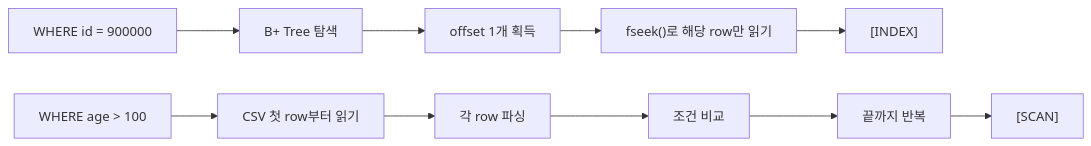
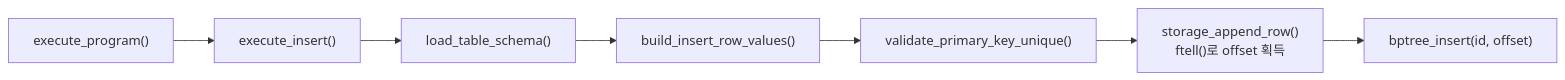
One commit to Jungle-12-303/week7-02-sql-index changed the first of 2 diagrams in README_7.md. Above: the diagram before and after it, drawn with Mermaid. The commit also changed other lines of this file, not shown here.

````diff
--- a/README_7.md
+++ b/README_7.md
@@ -41,13 +23,9 @@
 ```mermaid
 flowchart LR
-    Q1["WHERE id = 900000"] --> I1["B+ Tree 탐색"]
-    I1 --> I2["offset 1개 획득"]
-    I2 --> I3["fseek()로 해당 row만 읽기"]
-    I3 --> I4["[INDEX]"]
-
-    Q2["WHERE age > 100"] --> S1["CSV 첫 row부터 읽기"]
-    S1 --> S2["각 row 파싱"]
-    S2 --> S3["조건 비교"]
-    S3 --> S4["끝까지 반복"]
-    S4 --> S5["[SCAN]"]
+    A["execute_program()"] --> B["execute_insert()"]
+    B --> C["load_table_schema()"]
+    C --> D["build_insert_row_values()"]
+    D --> E["validate_primary_key_unique()"]
+    E --> F["storage_append_row()<br/>ftell()로 offset 획득"]
+    F --> G["bptree_insert(id, offset)"]
 ```
````
